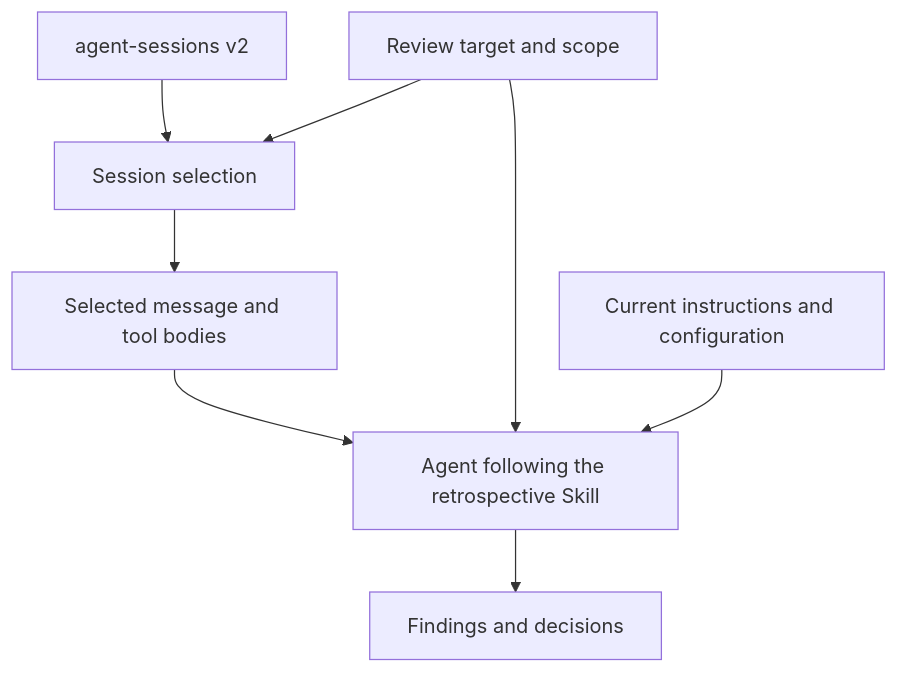
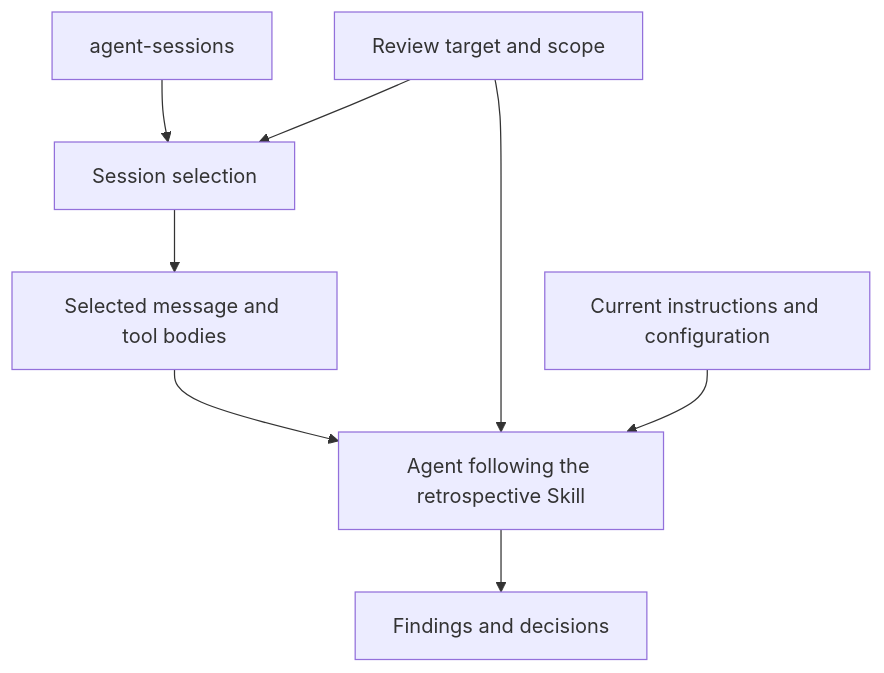
Before and after one commit to mtk177a/agent-harness-retro: the diagram in README.md, drawn with Mermaid. The commit also changed other lines of this file and 10 other files, not shown here.

Commit message:
fix: read the current agent-sessions response format (#17)

````diff
--- a/README.md
+++ b/README.md
@@ -107,10 +107,10 @@
 ```mermaid
 flowchart TD
-    source["agent-sessions v2"] --> selection["Session selection"]
+    source["agent-sessions"] --> selection["Session selection"]
     scope["Review target and scope"] --> selection
     selection --> bodies["Selected message and tool bodies"]
     bodies --> review["Agent following the retrospective Skill"]
     scope --> review
     harness["Current instructions and configuration"] --> review
     review --> result["Findings and decisions"]
 ```
````
